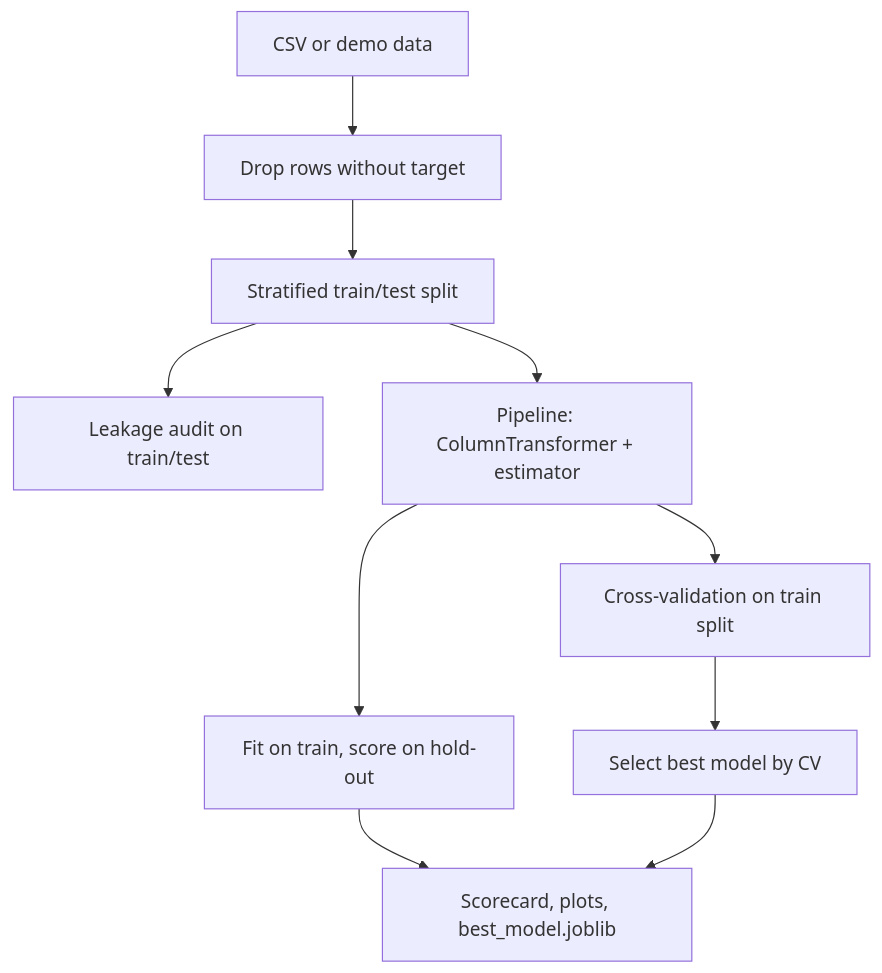
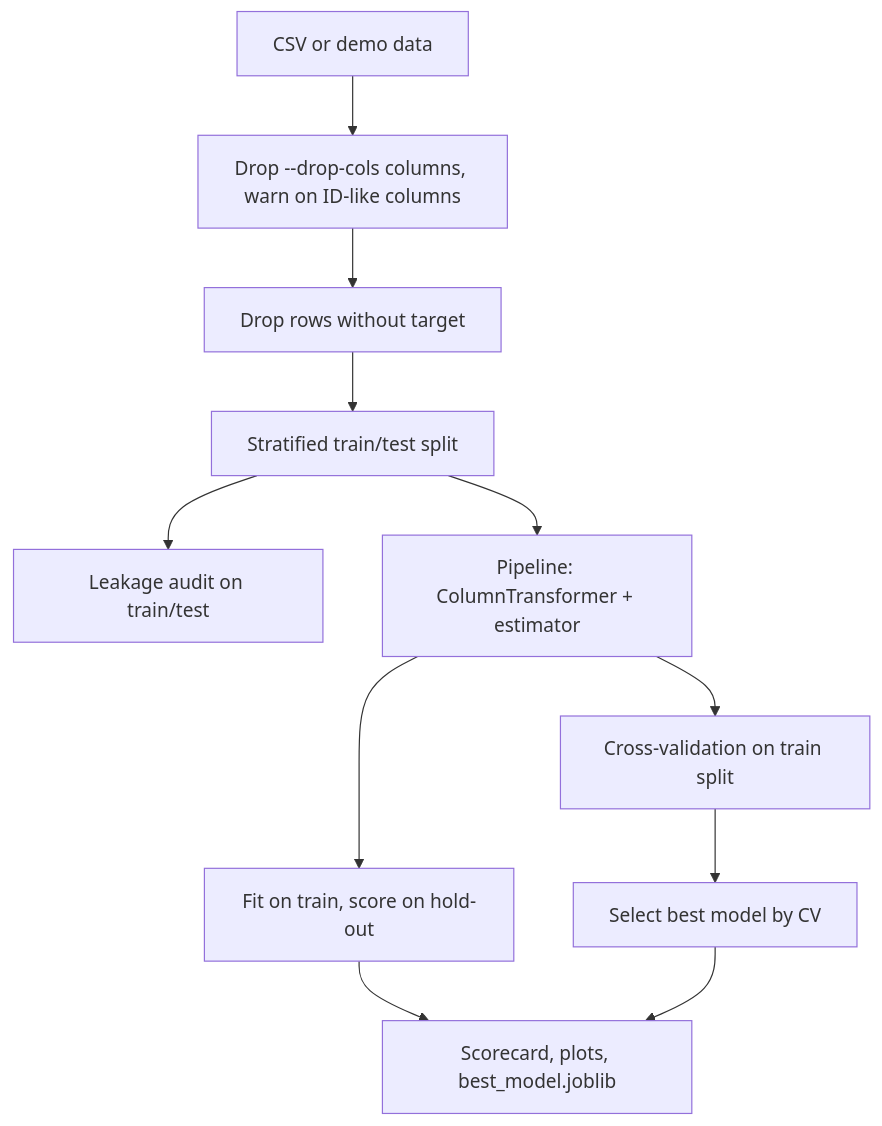
The diagram in docs/architecture.md (Bibek-Dhakal/DataPrep-Baseline), drawn with Mermaid before and after one commit. The commit also changed other lines of this file and 11 other files, not shown here.

Commit message:
feat(data): add --drop-cols and document the bring-your-own-dataset workflow

````diff
--- a/docs/architecture.md
+++ b/docs/architecture.md
@@ -3,12 +3,13 @@
 ```mermaid
 flowchart TD
-    A[CSV or demo data] --> B[Drop rows without target]
+    A[CSV or demo data] --> A2[Drop --drop-cols columns, warn on ID-like columns]
+    A2 --> B[Drop rows without target]
     B --> C[Stratified train/test split]
     C --> D[Leakage audit on train/test]
     C --> E[Pipeline: ColumnTransformer + estimator]
     E --> F[Cross-validation on train split]
     E --> G[Fit on train, score on hold-out]
     F --> H[Select best model by CV]
     G --> I[Scorecard, plots, best_model.joblib]
     H --> I
 ```
````
